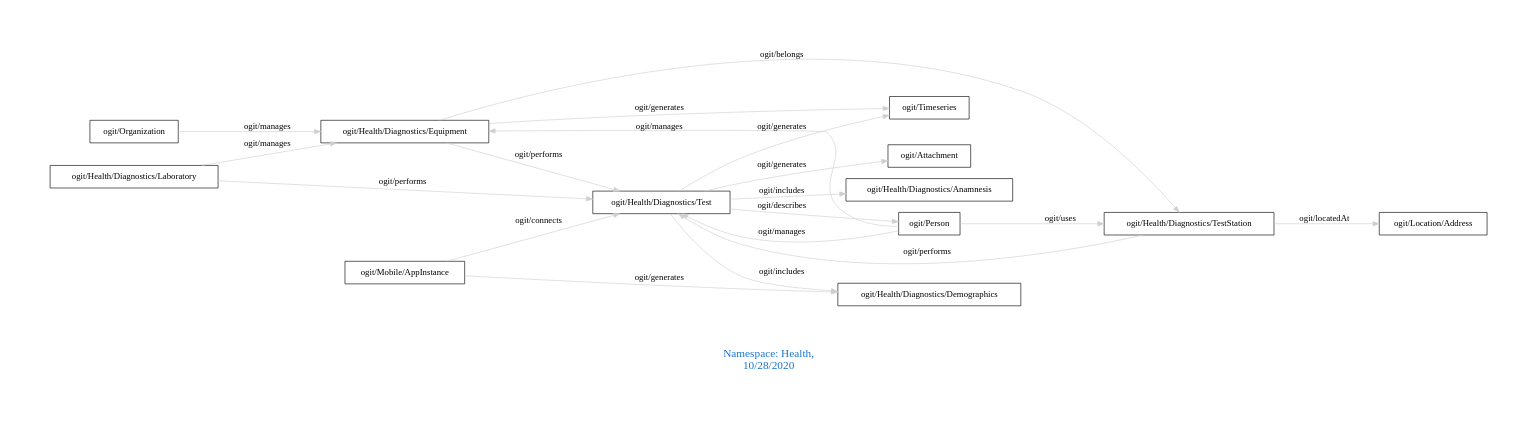
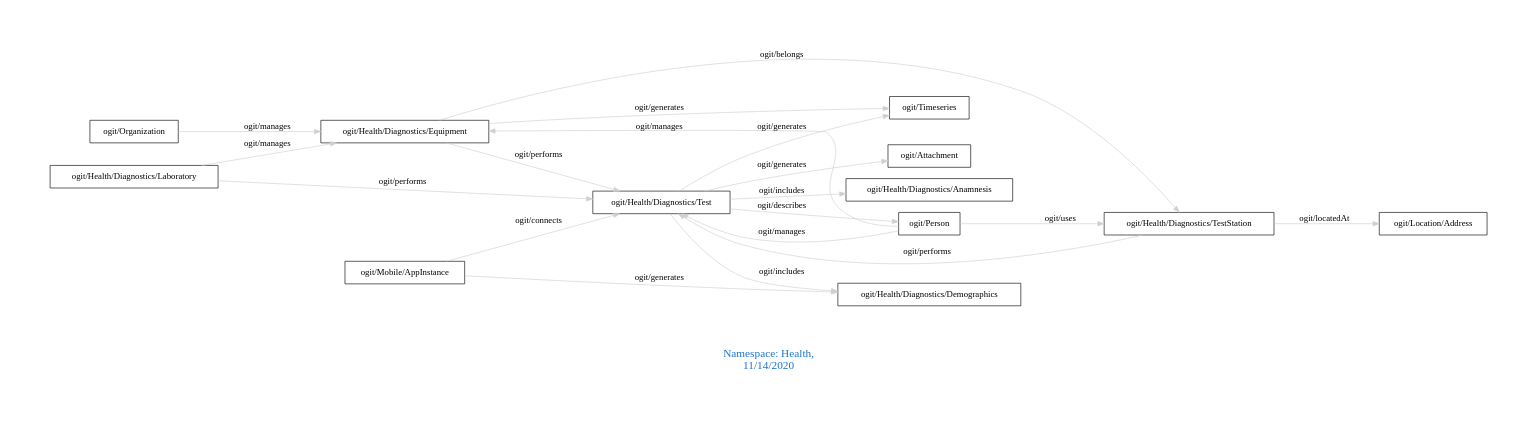
The diagram in downloads/Health.dot (arago/OGIT), drawn with Graphviz before and after one commit. The commit also changed 1821 other files, not shown here.

```diff
--- a/downloads/Health.dot
+++ b/downloads/Health.dot
@@ -1,26 +1,26 @@
 digraph OGIT_ontology {
  graph [ rankdir= LR,pad=1 
 fontsize = 18,
-fontcolor= dodgerblue3,label = "\n\n\nNamespace: Health, \n 10/28/2020"];
+fontcolor= dodgerblue3,label = "\n\n\nNamespace: Health, \n 11/14/2020"];
 node[shape=polygon];
 edge [  color="gray81"];
 
    "ogit/Health/Diagnostics/Laboratory" -> "ogit/Health/Diagnostics/Equipment" [label="   ogit/manages    "];
    "ogit/Organization" -> "ogit/Health/Diagnostics/Equipment" [label="   ogit/manages    "];
    "ogit/Person" -> "ogit/Health/Diagnostics/Equipment" [label="   ogit/manages    "];
    "ogit/Person" -> "ogit/Health/Diagnostics/Test" [label="   ogit/manages    "];
    "ogit/Health/Diagnostics/Equipment" -> "ogit/Timeseries" [label="   ogit/generates    "];
    "ogit/Health/Diagnostics/Test" -> "ogit/Attachment" [label="   ogit/generates    "];
    "ogit/Health/Diagnostics/Test" -> "ogit/Timeseries" [label="   ogit/generates    "];
    "ogit/Mobile/AppInstance" -> "ogit/Health/Diagnostics/Demographics" [label="   ogit/generates    "];
    "ogit/Health/Diagnostics/TestStation" -> "ogit/Location/Address" [label="   ogit/locatedAt    "];
    "ogit/Health/Diagnostics/Test" -> "ogit/Health/Diagnostics/Anamnesis" [label="   ogit/includes    "];
    "ogit/Health/Diagnostics/Test" -> "ogit/Health/Diagnostics/Demographics" [label="   ogit/includes    "];
    "ogit/Health/Diagnostics/Equipment" -> "ogit/Health/Diagnostics/Test" [label="   ogit/performs    "];
    "ogit/Health/Diagnostics/Laboratory" -> "ogit/Health/Diagnostics/Test" [label="   ogit/performs    "];
    "ogit/Health/Diagnostics/TestStation" -> "ogit/Health/Diagnostics/Test" [label="   ogit/performs    "];
    "ogit/Health/Diagnostics/Test" -> "ogit/Person" [label="   ogit/describes    "];
    "ogit/Mobile/AppInstance" -> "ogit/Health/Diagnostics/Test" [label="   ogit/connects    "];
    "ogit/Health/Diagnostics/Equipment" -> "ogit/Health/Diagnostics/TestStation" [label="   ogit/belongs    "];
    "ogit/Person" -> "ogit/Health/Diagnostics/TestStation" [label="   ogit/uses    "];
 }
```
